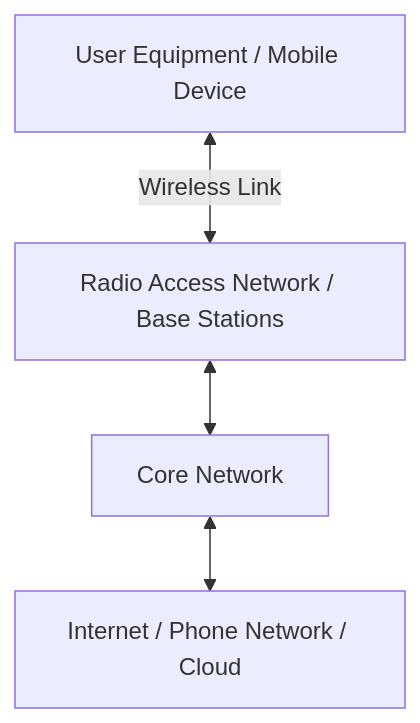
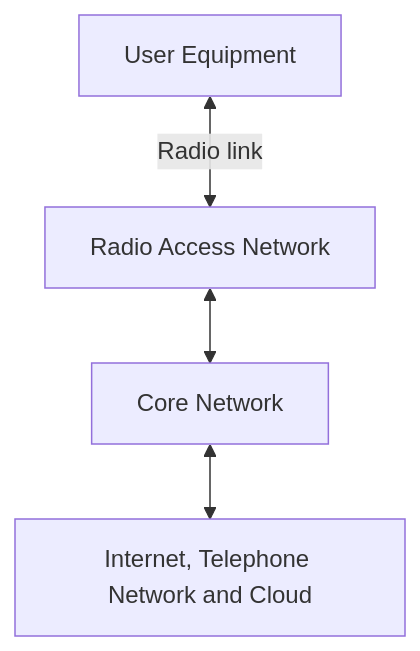
One commit to julietarubis/mobile-network-generations changed the second of 13 diagrams in README-5G-6G-FCAPS.md. Above: the diagram before and after it, drawn with Mermaid. The commit also changed other lines of this file, not shown here.

````diff
--- a/README-5G-6G-FCAPS.md
+++ b/README-5G-6G-FCAPS.md
@@ -48,6 +69,6 @@
 ```mermaid
 flowchart TB
-    UE[User Equipment / Mobile Device] <-->|Wireless Link| RAN[Radio Access Network / Base Stations]
-    RAN <--> CN[Core Network]
-    CN <--> EXT[Internet / Phone Network / Cloud]
+  UE["User Equipment"] <-->|"Radio link"| RAN["Radio Access Network"]
+  RAN <--> CN["Core Network"]
+  CN <--> EXT["Internet, Telephone Network and Cloud"]
 ```
````
